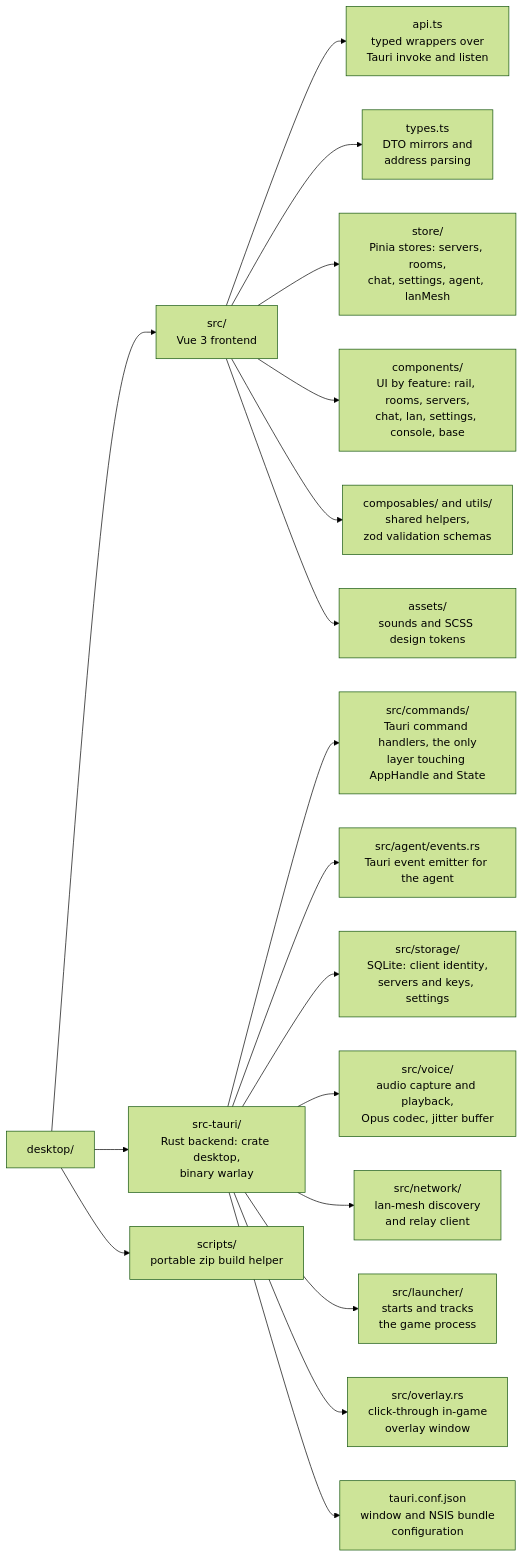
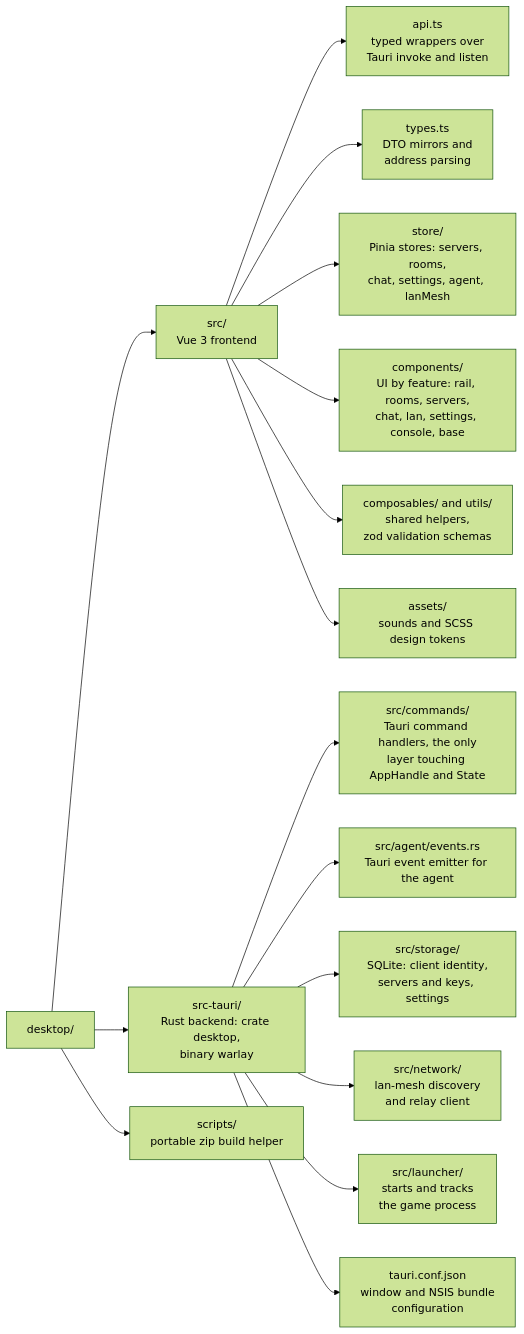
The diagram in desktop/README.md (jhonsferg/warlay), drawn with Mermaid (forest theme) before and after one commit. The commit also changed other lines of this file, not shown here.

Commit message:
docs: actualiza el README sin overlay

````diff
--- a/desktop/README.md
+++ b/desktop/README.md
@@ -39,24 +40,22 @@
 ```mermaid
 flowchart LR
     root["desktop/"]
 
     root --> frontend["src/<br/>Vue 3 frontend"]
     frontend --> api["api.ts<br/>typed wrappers over<br/>Tauri invoke and listen"]
     frontend --> types["types.ts<br/>DTO mirrors and<br/>address parsing"]
     frontend --> store["store/<br/>Pinia stores: servers, rooms,<br/>chat, settings, agent, lanMesh"]
     frontend --> components["components/<br/>UI by feature: rail, rooms, servers,<br/>chat, lan, settings, console, base"]
     frontend --> helpers["composables/ and utils/<br/>shared helpers,<br/>zod validation schemas"]
     frontend --> assets["assets/<br/>sounds and SCSS design tokens"]
 
     root --> backend["src-tauri/<br/>Rust backend: crate desktop,<br/>binary warlay"]
     backend --> commands["src/commands/<br/>Tauri command handlers, the only<br/>layer touching AppHandle and State"]
     backend --> ipc["src/agent/events.rs<br/>Tauri event emitter for the agent"]
     backend --> clientStorage["src/storage/<br/>SQLite: client identity,<br/>servers and keys, settings"]
-    backend --> voice["src/voice/<br/>audio capture and playback,<br/>Opus codec, jitter buffer"]
     backend --> network["src/network/<br/>lan-mesh discovery<br/>and relay client"]
     backend --> launcher["src/launcher/<br/>starts and tracks<br/>the game process"]
-    backend --> overlay["src/overlay.rs<br/>click-through in-game<br/>overlay window"]
     backend --> tauriConf["tauri.conf.json<br/>window and NSIS bundle<br/>configuration"]
 
     root --> scripts["scripts/<br/>portable zip build helper"]
 ```
````
